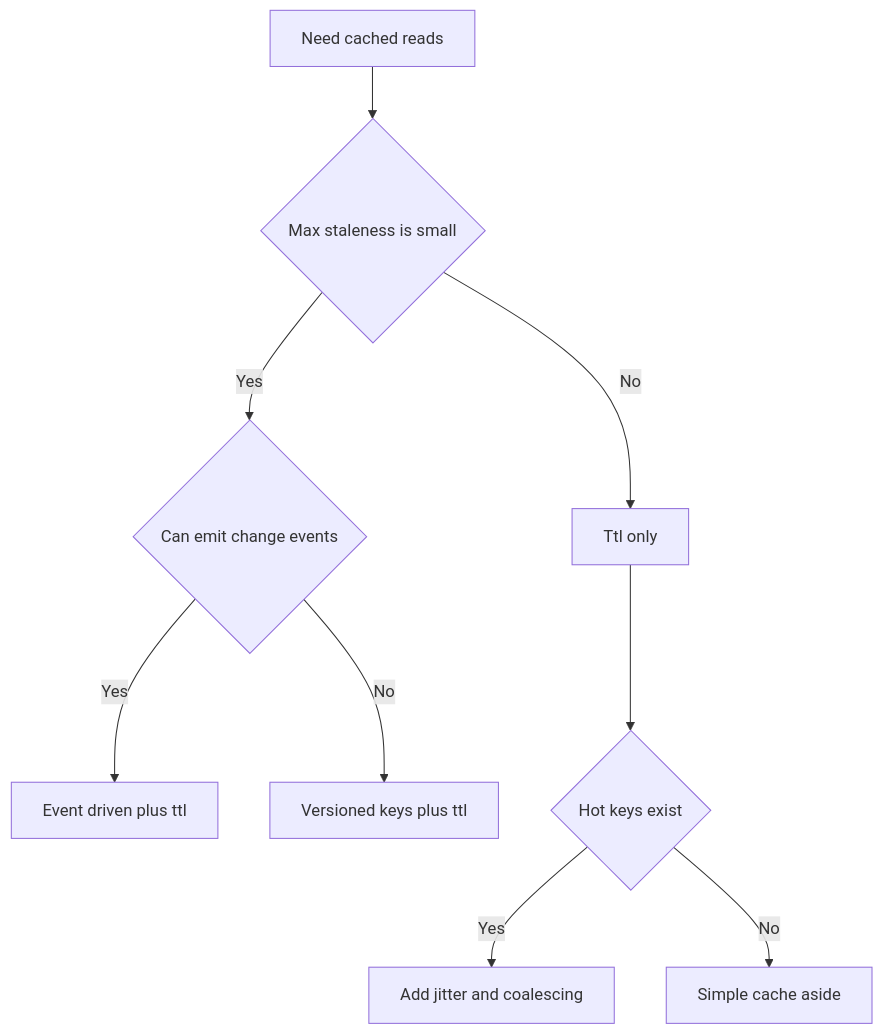
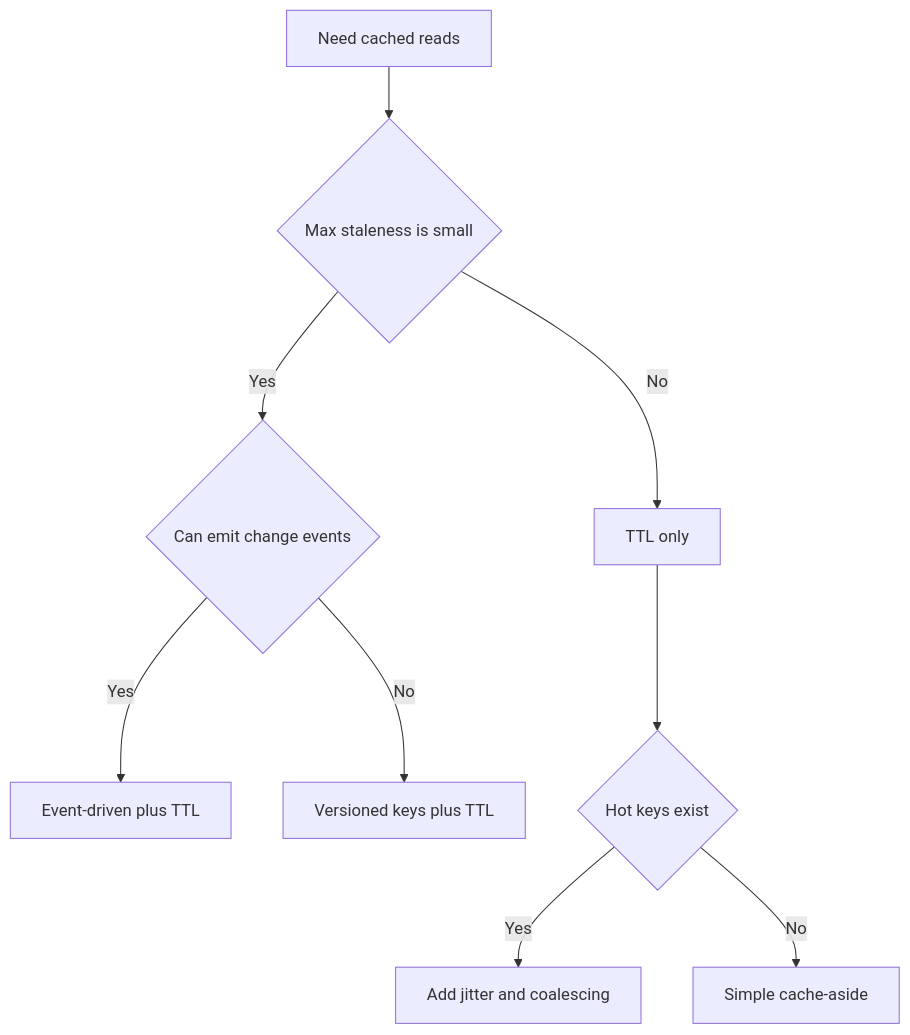
The second of 3 diagrams in Vault/Software Engineering/03 Data Persistence/Caching.md (grafanaKibana/devbook.zip), drawn with Mermaid before and after one commit. The commit also changed other lines of this file and 14 other files, not shown here.

````diff
--- a/Vault/Software Engineering/03 Data Persistence/Caching.md
+++ b/Vault/Software Engineering/03 Data Persistence/Caching.md
@@ -91,11 +88,11 @@
 ```mermaid
 flowchart TD
   A[Need cached reads] --> B{Max staleness is small}
   B -->|Yes| C{Can emit change events}
-  B -->|No| D[Ttl only]
-  C -->|Yes| E[Event driven plus ttl]
-  C -->|No| F[Versioned keys plus ttl]
+  B -->|No| D[TTL only]
+  C -->|Yes| E[Event-driven plus TTL]
+  C -->|No| F[Versioned keys plus TTL]
   D --> G{Hot keys exist}
   G -->|Yes| H[Add jitter and coalescing]
-  G -->|No| I[Simple cache aside]
+  G -->|No| I[Simple cache-aside]
 ```
````
